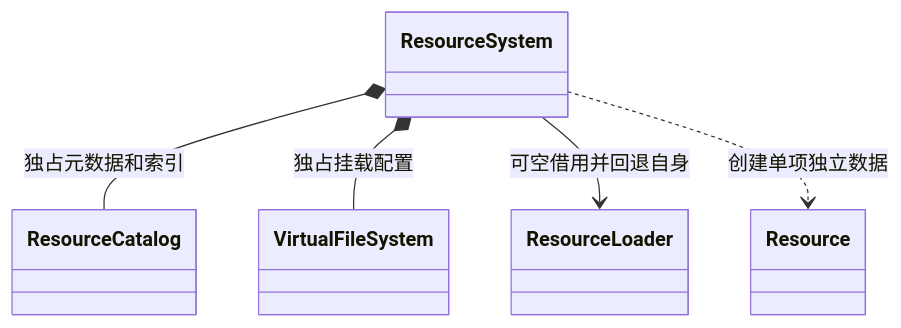
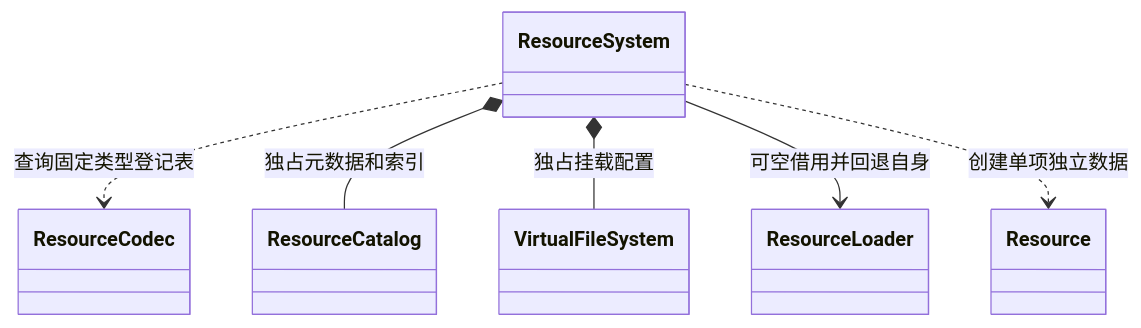
One commit to lcals/Engine changed the second of 7 diagrams in docs/runtime/class-diagrams/resource-system.md. Above: the diagram before and after it, drawn with Mermaid. The commit also changed other lines of this file and 188 other files, not shown here.

````diff
--- a/docs/runtime/class-diagrams/resource-system.md
+++ b/docs/runtime/class-diagrams/resource-system.md
@@ -54,13 +54,15 @@
 ```mermaid
 classDiagram
     direction TB
     class ResourceSystem
     class ResourceCatalog
     class VirtualFileSystem
     class Resource
     class ResourceLoader
+    class ResourceCodec
+    ResourceSystem ..> ResourceCodec : 查询固定类型登记表
     ResourceSystem *-- ResourceCatalog : 独占元数据和索引
     ResourceSystem *-- VirtualFileSystem : 独占挂载配置
     ResourceSystem --> ResourceLoader : 可空借用并回退自身
     ResourceSystem ..> Resource : 创建单项独立数据
 ```
````
